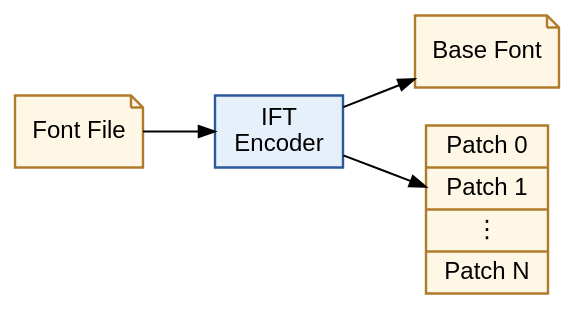
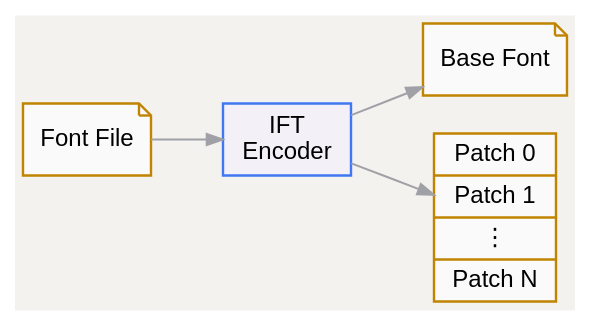
Before and after one commit to wmedrano/wmedrano.dev: the first of 2 diagrams in content/post/2026/04/11/fonts-q1.org, drawn with Graphviz. The commit also changed other lines of this file and 13 other files, not shown here.

```diff
--- a/content/post/2026/04/11/fonts-q1.org
+++ b/content/post/2026/04/11/fonts-q1.org
@@ -180,17 +180,17 @@
 #+BEGIN_SRC dot :file ift-encoder.svg :exports results
 digraph IFT {
   rankdir=LR;
-  bgcolor="transparent";
+  bgcolor="#f4f2ef";
   node [fontname="sans-serif", fontsize=12, style="filled", penwidth=1.2];
-  edge [color="#555", arrowsize=0.8];
+  edge [color="#a0a1a7", arrowsize=0.8];
 
-  font    [label="Font File", shape=note, fillcolor="#fff7e6", color="#b07a2b"];
-  encoder [label="IFT\nEncoder", shape=box, style="filled", fillcolor="#e6f0fb", color="#2b5a9b"];
-  base    [label="Base Font", shape=note, fillcolor="#fff7e6", color="#b07a2b"];
-  patches [label="Patch 0|Patch 1|⋮|Patch N", shape=record, fillcolor="#fff7e6", color="#b07a2b"];
+  font    [label="Font File", shape=note, fillcolor="#fafafa", color="#c18401"];
+  encoder [label="IFT\nEncoder", shape=box, style="filled", fillcolor="#f3f0f7", color="#4078f2"];
+  base    [label="Base Font", shape=note, fillcolor="#fafafa", color="#c18401"];
+  patches [label="Patch 0|Patch 1|⋮|Patch N", shape=record, fillcolor="#fafafa", color="#c18401"];
 
   font -> encoder;
   encoder -> base;
   encoder -> patches;
 }
 #+END_SRC
```
